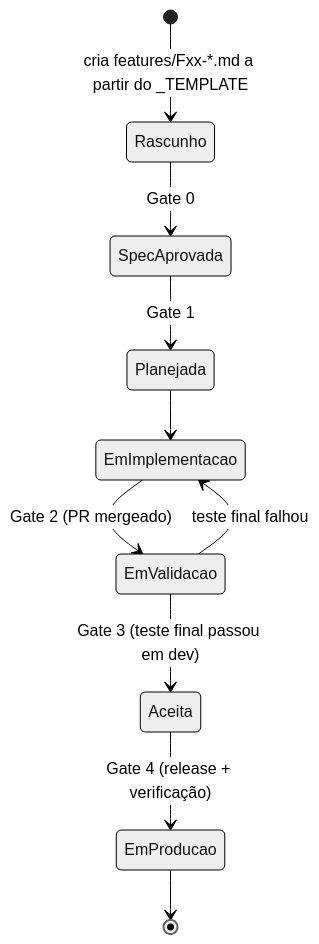
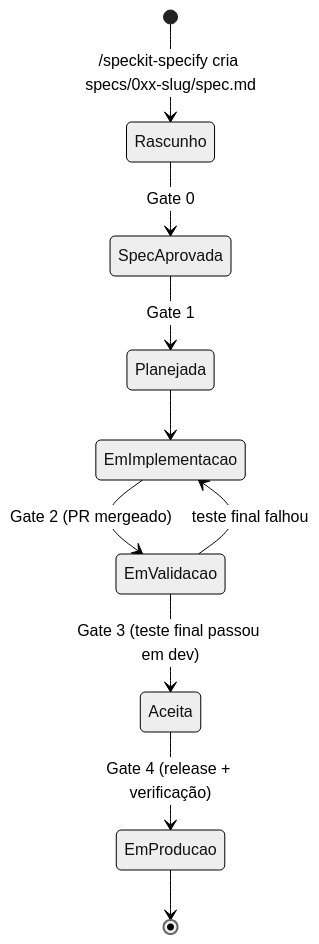
Before and after one commit to micaelleos/FunctionalAgent: the diagram in docs/modernizacao/08-processo-de-desenvolvimento.md, drawn with Mermaid (neutral theme). The commit also changed other lines of this file and 96 other files, not shown here.

First line of the commit message:
docs: adota Spec Kit e migra specs das features para specs/

````diff
--- a/docs/modernizacao/08-processo-de-desenvolvimento.md
+++ b/docs/modernizacao/08-processo-de-desenvolvimento.md
@@ -9,12 +9,12 @@
 ```mermaid
 stateDiagram-v2
-    [*] --> Rascunho: cria features/Fxx-*.md a partir do _TEMPLATE
+    [*] --> Rascunho: /speckit-specify cria specs/0xx-slug/spec.md
     Rascunho --> SpecAprovada: Gate 0
     SpecAprovada --> Planejada: Gate 1
     Planejada --> EmImplementacao
     EmImplementacao --> EmValidacao: Gate 2 (PR mergeado)
     EmValidacao --> Aceita: Gate 3 (teste final passou em dev)
     EmValidacao --> EmImplementacao: teste final falhou
     Aceita --> EmProducao: Gate 4 (release + verificação)
     EmProducao --> [*]
 ```
````
